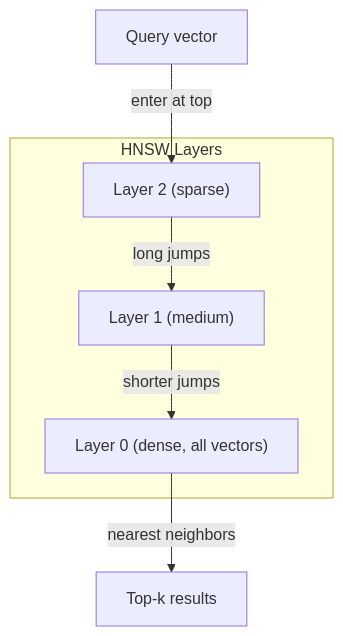
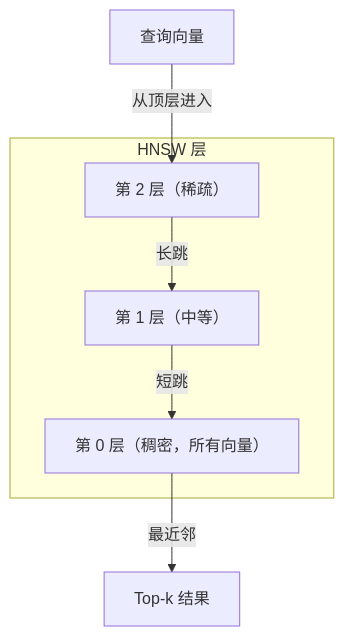
Before and after one commit to alessandrodinisio-ai/ai-engineering-learning-framework: the second of 3 diagrams in phases/11-llm-engineering/04-embeddings/docs/zh.md, drawn with Mermaid. The commit also changed other lines of this file and 120 other files, not shown here.

First line of the commit message:
i18n(mermaid): 337 个 mermaid 图表标签中文化

````diff
--- a/phases/11-llm-engineering/04-embeddings/docs/zh.md
+++ b/phases/11-llm-engineering/04-embeddings/docs/zh.md
@@ -141,10 +141,10 @@
 ```mermaid
 graph TD
-    subgraph "HNSW Layers"
-        L2["Layer 2 (sparse)"] -->|"long jumps"| L1["Layer 1 (medium)"]
-        L1 -->|"shorter jumps"| L0["Layer 0 (dense, all vectors)"]
+    subgraph "HNSW 层"
+        L2["第 2 层（稀疏）"] -->|"长跳"| L1["第 1 层（中等）"]
+        L1 -->|"短跳"| L0["第 0 层（稠密，所有向量）"]
     end
 
-    Q["Query vector"] -->|"enter at top"| L2
-    L0 -->|"nearest neighbors"| R["Top-k results"]
+    Q["查询向量"] -->|"从顶层进入"| L2
+    L0 -->|"最近邻"| R["Top-k 结果"]
 ```
````
